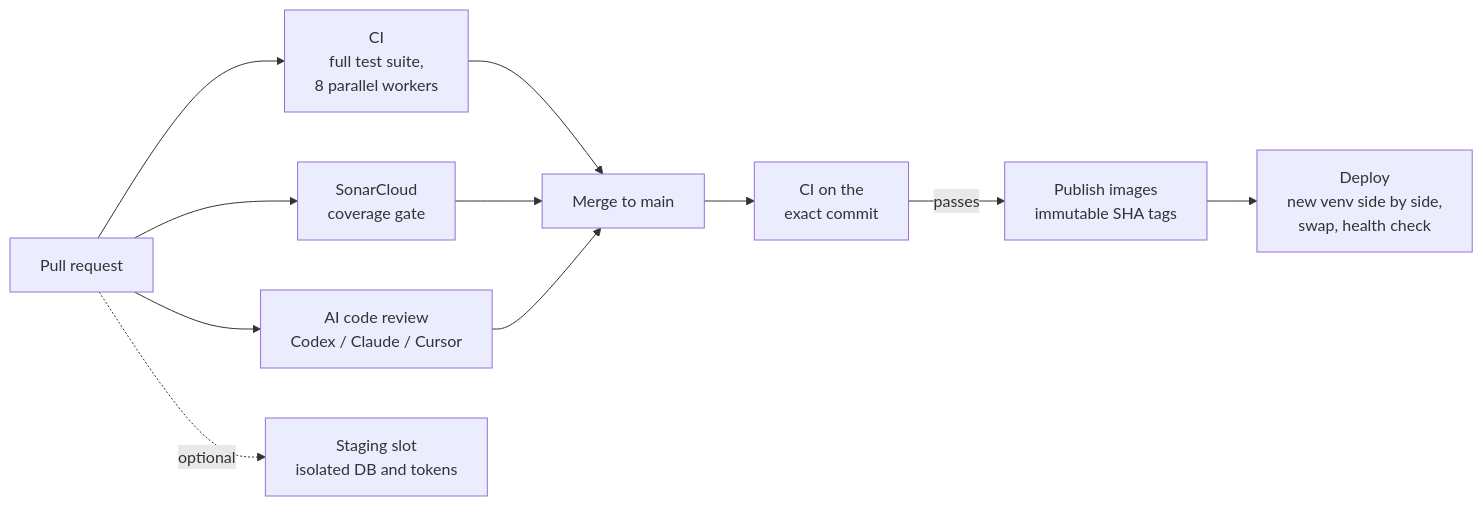
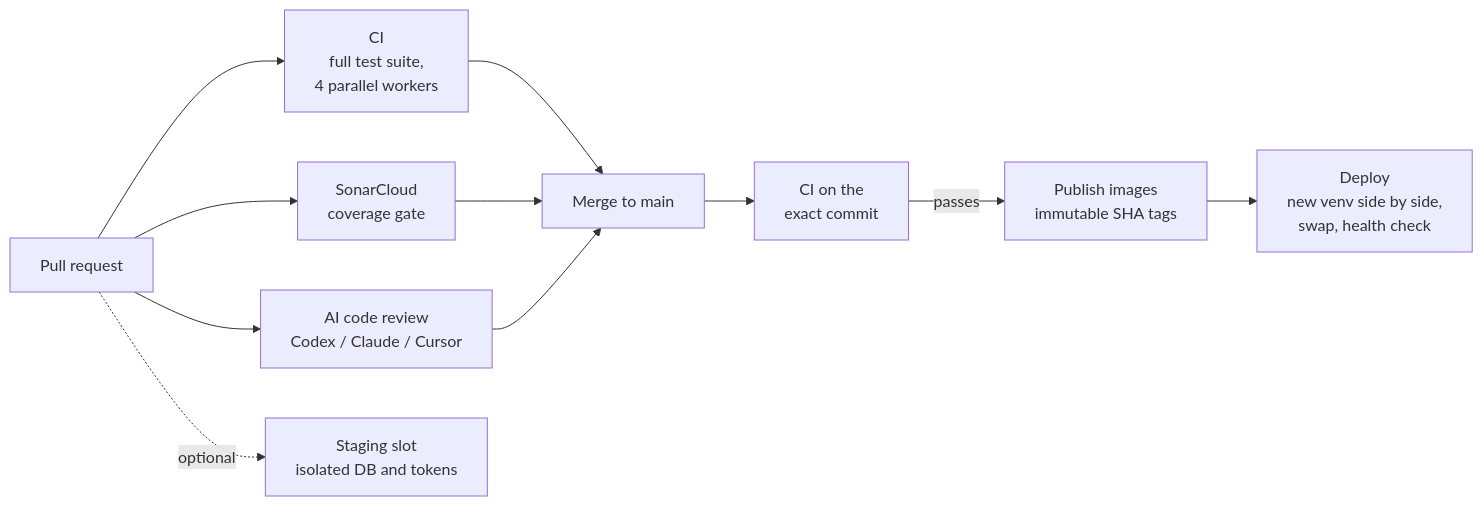
The fourth of 4 diagrams in README.md (dflippojr/agent-harness), drawn with Mermaid before and after one commit. The commit also changed other lines of this file, not shown here.

First line of the commit message:
README: recount scale numbers and match CI's 4 workers (#892)

````diff
--- a/README.md
+++ b/README.md
@@ -122,11 +122,11 @@
 ```mermaid
 flowchart LR
-    PR["Pull request"] --> CI["CI<br/>full test suite,<br/>8 parallel workers"]
+    PR["Pull request"] --> CI["CI<br/>full test suite,<br/>4 parallel workers"]
     PR --> SONAR["SonarCloud<br/>coverage gate"]
     PR --> REV["AI code review<br/>Codex / Claude / Cursor"]
     PR -. "optional" .-> STG["Staging slot<br/>isolated DB and tokens"]
     CI & SONAR & REV --> MERGE["Merge to main"]
     MERGE --> CI2["CI on the<br/>exact commit"]
     CI2 -- "passes" --> PUB["Publish images<br/>immutable SHA tags"]
     PUB --> DEP["Deploy<br/>new venv side by side,<br/>swap, health check"]
 ```
````
